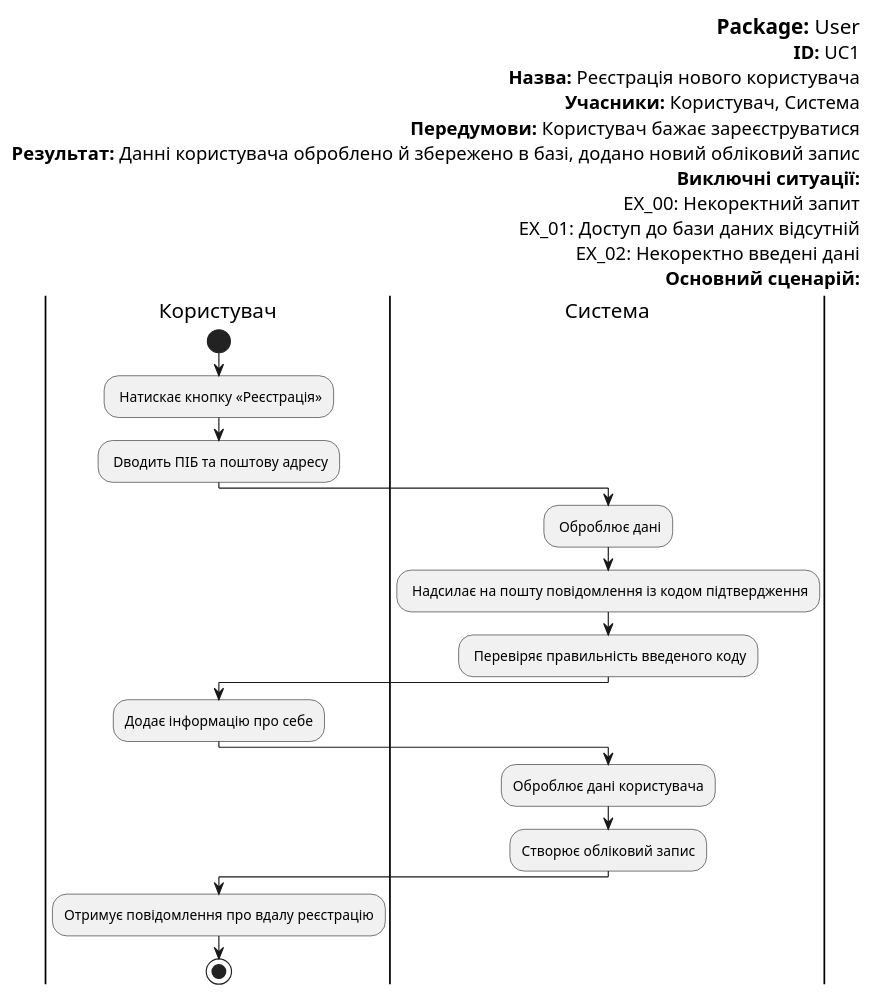
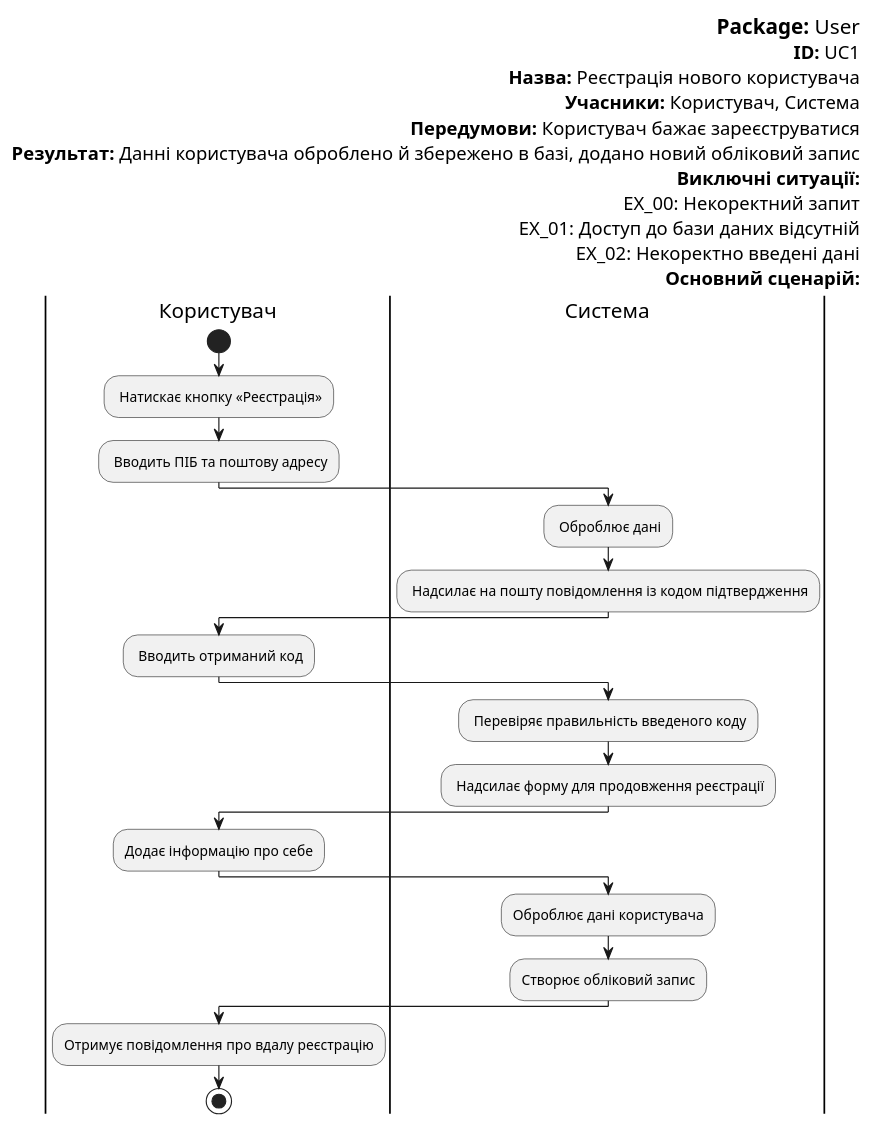
Before and after one commit to yehorbk/kpi-programming: the diagram in UML/user/Diagrams/UC1.pu, drawn with PlantUML.

```diff
--- a/UML/user/Diagrams/UC1.pu
+++ b/UML/user/Diagrams/UC1.pu
@@ -1,47 +1,53 @@
 @startuml 
 
 left header
 <font color=000 size=18><b>Package:</b> User
 <font color=000 size=16><b>ID:</b> UC1
 <font color=000 size=16><b>Назва:</b> Реєстрація нового користувача 
 <font color=000 size=16><b>Учасники:</b> Користувач, Система
 <font color=000 size=16><b>Передумови:</b> Користувач бажає зареєструватися
 <font color=000 size=16><b>Результат:</b> Данні користувача оброблено й збережено в базі, додано новий обліковий запис
 <font color=000 size=16><b>Виключні ситуації:</b>
 <font color=000 size=16>EX_00: Некоректний запит
 <font color=000 size=16>EX_01: Доступ до бази даних відсутній
 <font color=000 size=16>EX_02: Некоректно введені дані
 <font color=000 size=16><b>Основний сценарій:</b>
 end header
 
 skinparam	shadowing false
 skinparam Note {
 	BackgroundColor #f85658
 	FontColor #ffffff
 }
 
 |Користувач|
 start
 : Натискає кнопку «Реєстрація»;
 
-: Dводить ПІБ та поштову адресу;
+: Вводить ПІБ та поштову адресу;
 
 |Система|
 : Оброблює дані;
 
 : Надсилає на пошту повідомлення із кодом підтвердження;
 
+|Користувач|
+: Вводить отриманий код;
+
+|Система|
 : Перевіряє правильність введеного коду;
+
+: Надсилає форму для продовження реєстрації;
 
 |Користувач|
 :Додає інформацію про себе;
 
 |Система|
 :Оброблює дані користувача;
 
 :Створює обліковий запис;
 
 |Користувач|
 :Отримує повідомлення про вдалу реєстрацію;
 stop;
 @enduml
```
